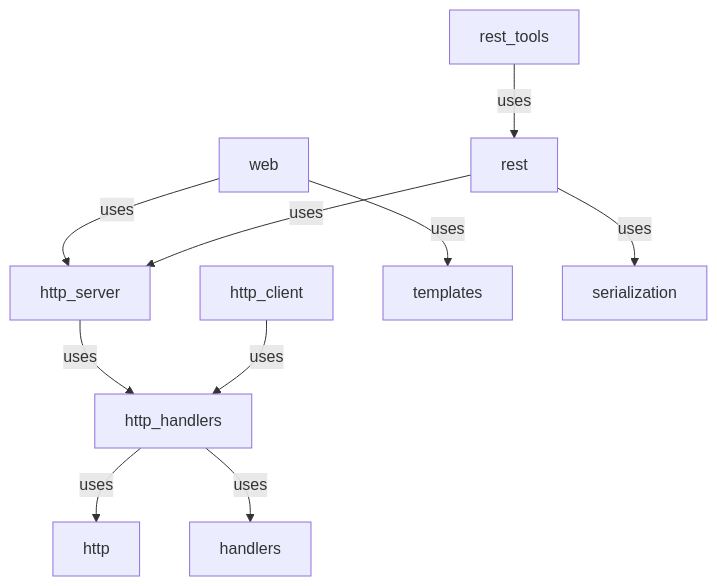
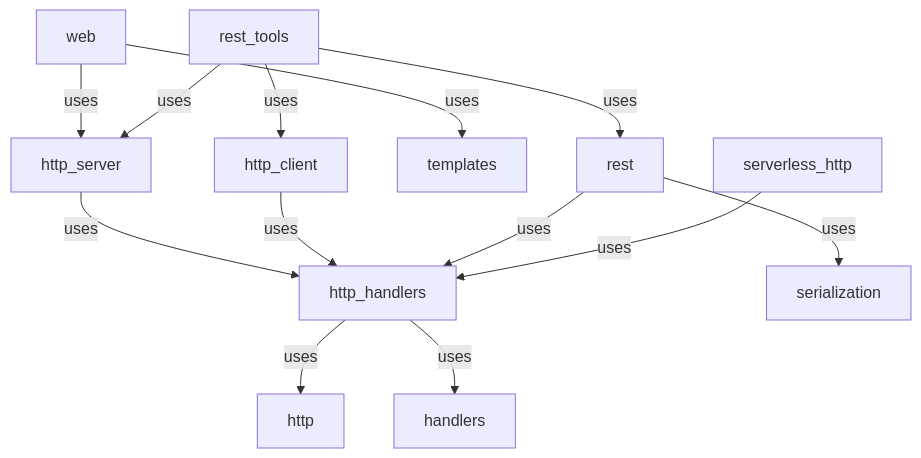
One commit to hexagontk/hexagon changed the diagram in site/pages/index.md. Above: the diagram before and after it, drawn with Mermaid. The commit also changed 3 other files, not shown here.

````diff
--- a/site/pages/index.md
+++ b/site/pages/index.md
@@ -175,12 +175,15 @@
 ```mermaid
 graph TD
   http_handlers -->|uses| http
   http_handlers -->|uses| handlers
   http_server -->|uses| http_handlers
   http_client -->|uses| http_handlers
   web -->|uses| http_server
   web -->|uses| templates
-  rest -->|uses| http_server
+  rest -->|uses| http_handlers
   rest -->|uses| serialization
   rest_tools -->|uses| rest
+  rest_tools -->|uses| http_server
+  rest_tools -->|uses| http_client
+  serverless_http -->|uses| http_handlers
 ```
````
